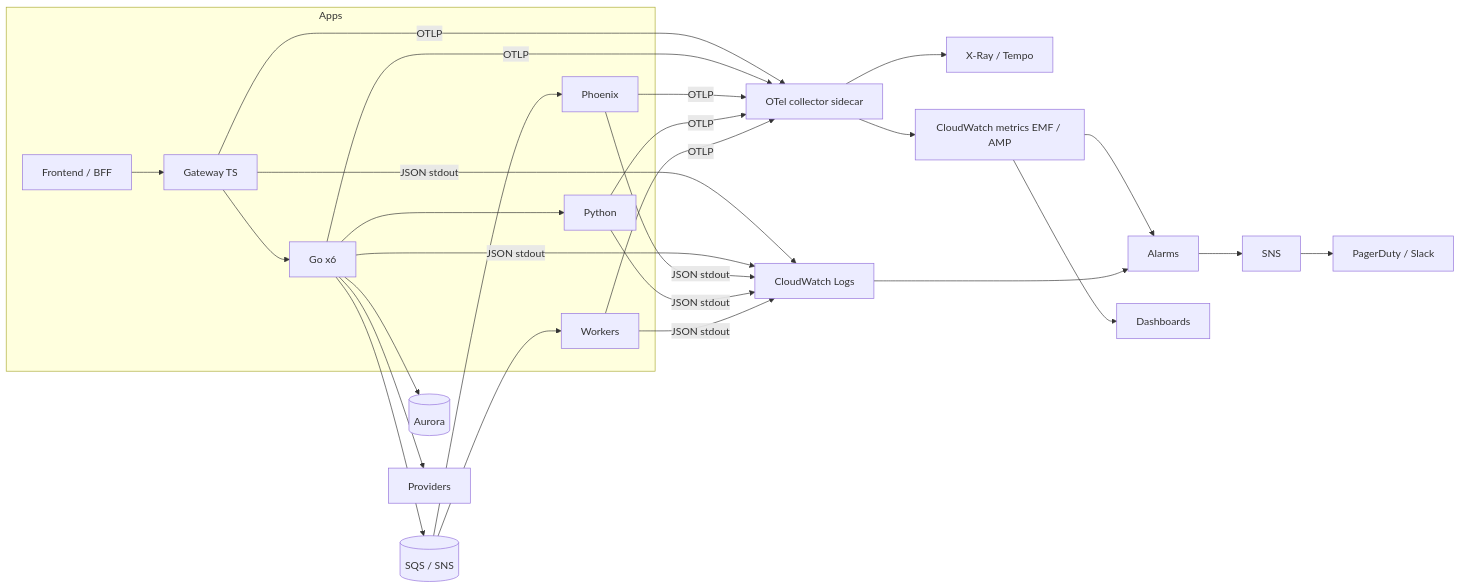
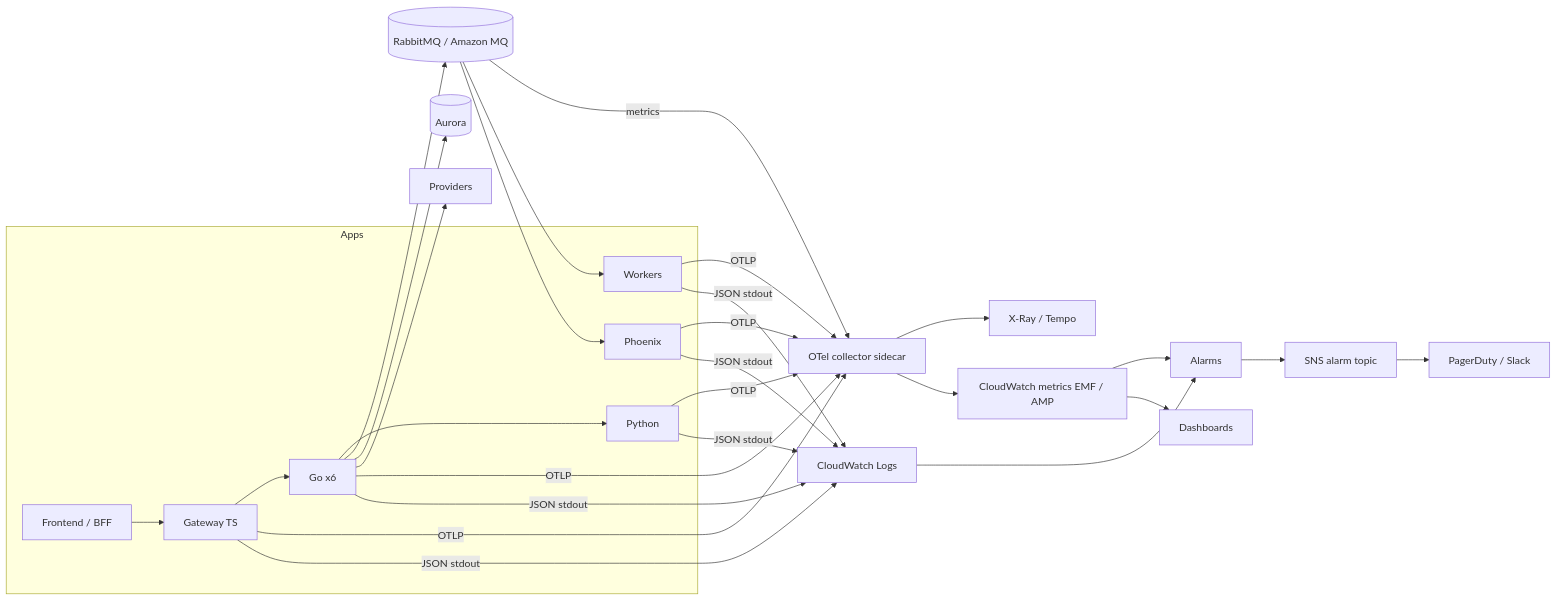
Before and after one commit to telente-technologies/nantty: the diagram in docs/architecture/observability.md, drawn with Mermaid. The commit also changed other lines of this file and 2 other files, not shown here.

Commit message:
docs(architecture): frontend search and observability docs [skip build]

````diff
--- a/docs/architecture/observability.md
+++ b/docs/architecture/observability.md
@@ -21,26 +21,27 @@
 ```mermaid
 flowchart LR
   subgraph Apps
     FE[Frontend / BFF]
     GW[Gateway TS]
     GO[Go x6]
     PH[Phoenix]
     PY[Python]
     WK[Workers]
   end
   FE --> GW --> GO
   GO --> PY
-  GO --> SQS[(SQS / SNS)]
-  SQS --> WK
-  SQS --> PH
+  GO --> MQ[(RabbitMQ / Amazon MQ)]
+  MQ --> WK
+  MQ --> PH
+  MQ -->|metrics| COL
   GO --> DB[(Aurora)]
   GO --> EXT[Providers]
   GW & GO & PH & PY & WK -->|OTLP| COL[OTel collector sidecar]
   COL --> XR[X-Ray / Tempo]
   COL --> CWM[CloudWatch metrics EMF / AMP]
   GW & GO & PH & PY & WK -->|JSON stdout| CWL[CloudWatch Logs]
   CWM --> AL[Alarms]
   CWL --> AL
-  AL --> SNS2[SNS] --> PD[PagerDuty / Slack]
+  AL --> SNS2[SNS alarm topic] --> PD[PagerDuty / Slack]
   CWM --> DASH[Dashboards]
 ```
````
